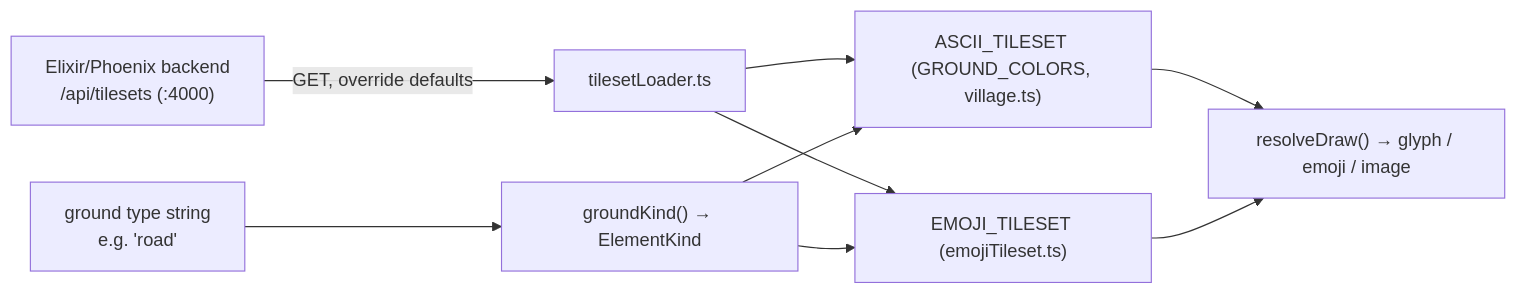
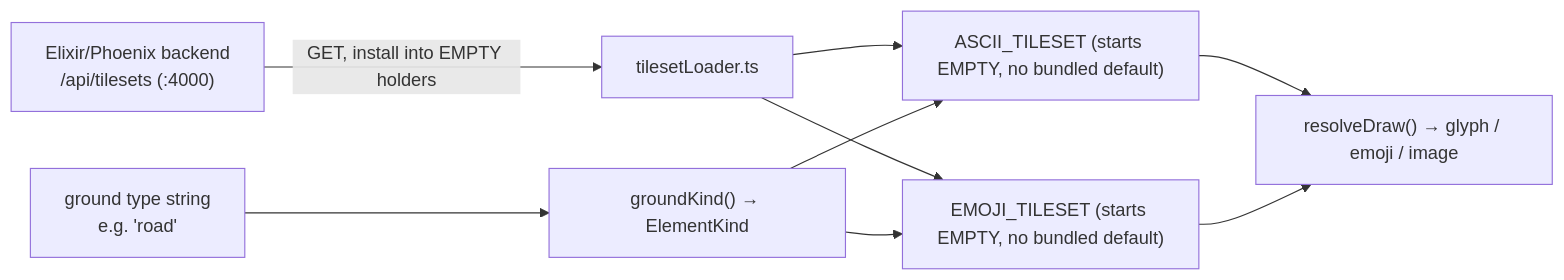
Before and after one commit to v1siond/game-website: the third of 3 diagrams in docs/ENGINE-ARCHITECTURE.md, drawn with Mermaid. The commit also changed other lines of this file and 38 other files, not shown here.

````diff
--- a/docs/ENGINE-ARCHITECTURE.md
+++ b/docs/ENGINE-ARCHITECTURE.md
@@ -71,11 +71,11 @@
 ```mermaid
 flowchart LR
-  DBB["Elixir/Phoenix backend<br/>/api/tilesets (:4000)"] -->|GET, override defaults| LOADER["tilesetLoader.ts"]
-  LOADER --> ASCII["ASCII_TILESET (GROUND_COLORS, village.ts)"]
-  LOADER --> EMOJI["EMOJI_TILESET (emojiTileset.ts)"]
+  DBB["Elixir/Phoenix backend<br/>/api/tilesets (:4000)"] -->|GET, install into EMPTY holders| LOADER["tilesetLoader.ts"]
+  LOADER --> ASCII["ASCII_TILESET (starts EMPTY, no bundled default)"]
+  LOADER --> EMOJI["EMOJI_TILESET (starts EMPTY, no bundled default)"]
   TYPE["ground type string<br/>e.g. 'road'"] --> GK["groundKind() → ElementKind"]
   GK --> ASCII
   GK --> EMOJI
   ASCII --> DRAW["resolveDraw() → glyph / emoji / image"]
   EMOJI --> DRAW
 ```
````
